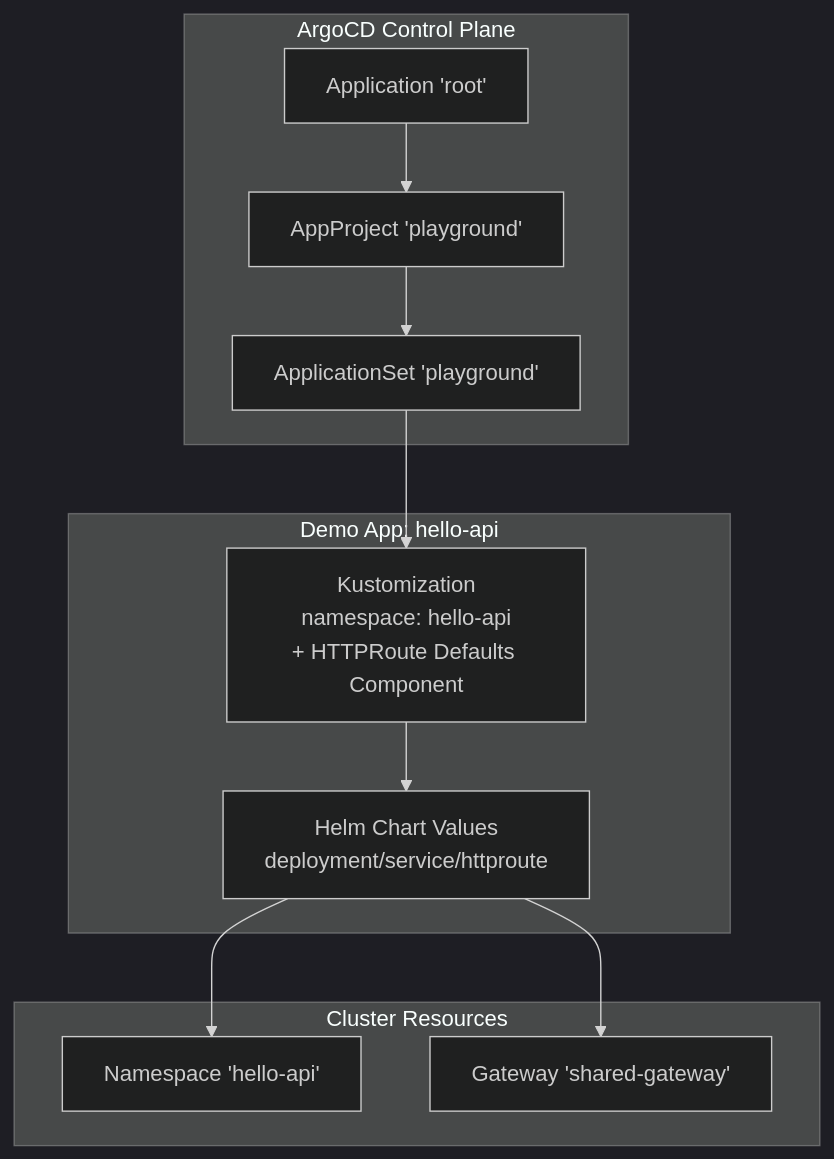
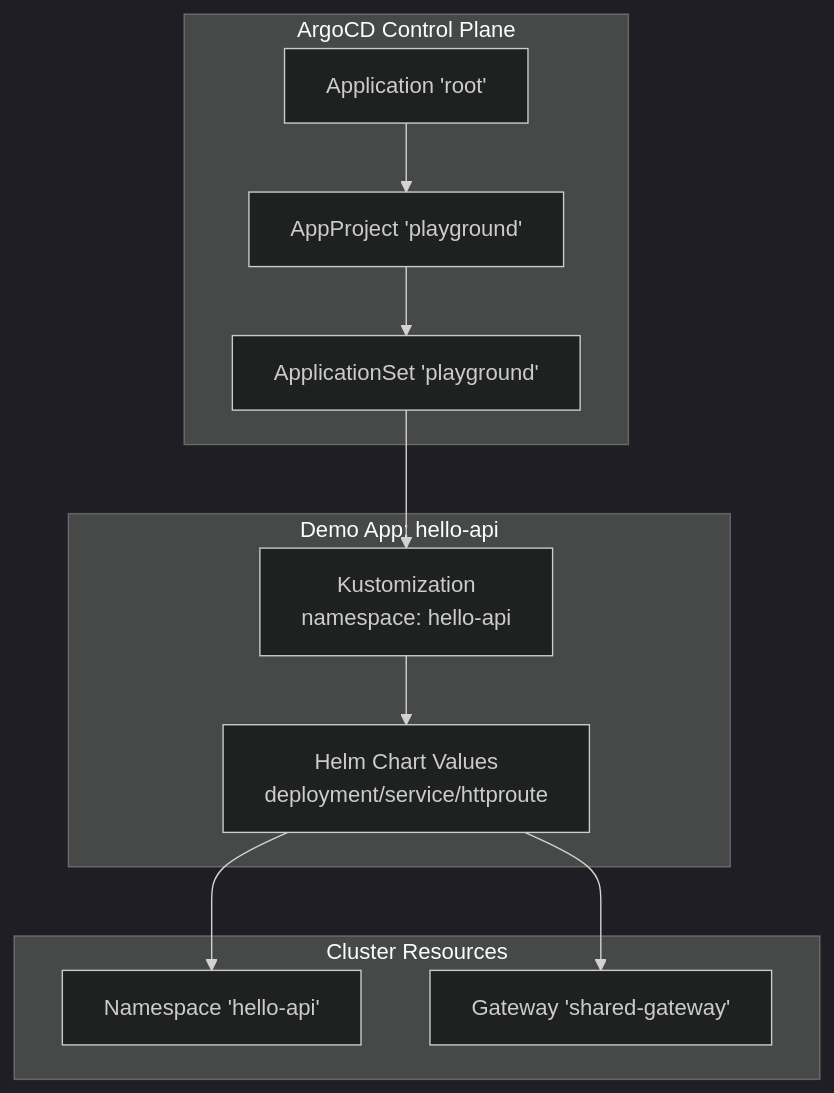
The first of 4 diagrams in .qoder/repowiki/en/content/Playground Applications/Demo Applications.md (Hoangvu75/k8s_manifest), drawn with Mermaid (dark theme) before and after one commit. The commit also changed other lines of this file and 15 other files, not shown here.

````diff
--- a/.qoder/repowiki/en/content/Playground Applications/Demo Applications.md
+++ b/.qoder/repowiki/en/content/Playground Applications/Demo Applications.md
@@ -47,22 +46,22 @@
 ```mermaid
 graph TB
 subgraph "ArgoCD Control Plane"
 Root["Application 'root'"]
 Proj["AppProject 'playground'"]
 AS["ApplicationSet 'playground'"]
 end
 subgraph "Cluster Resources"
 NS["Namespace 'hello-api'"]
 GW["Gateway 'shared-gateway'"]
 end
 subgraph "Demo App: hello-api"
-Kust["Kustomization<br/>namespace: hello-api<br/>+ HTTPRoute Defaults Component"]
+Kust["Kustomization<br/>namespace: hello-api"]
 Chart["Helm Chart Values<br/>deployment/service/httproute"]
 end
 Root --> Proj
 Proj --> AS
 AS --> Kust
 Kust --> Chart
 Chart --> NS
 Chart --> GW
 ```
````
